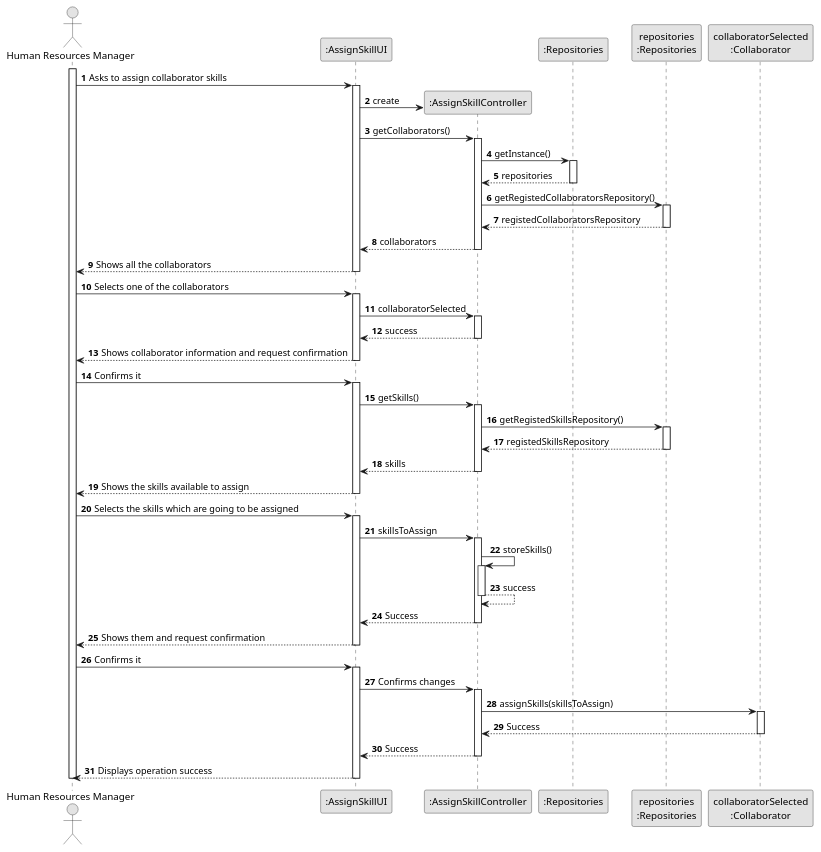
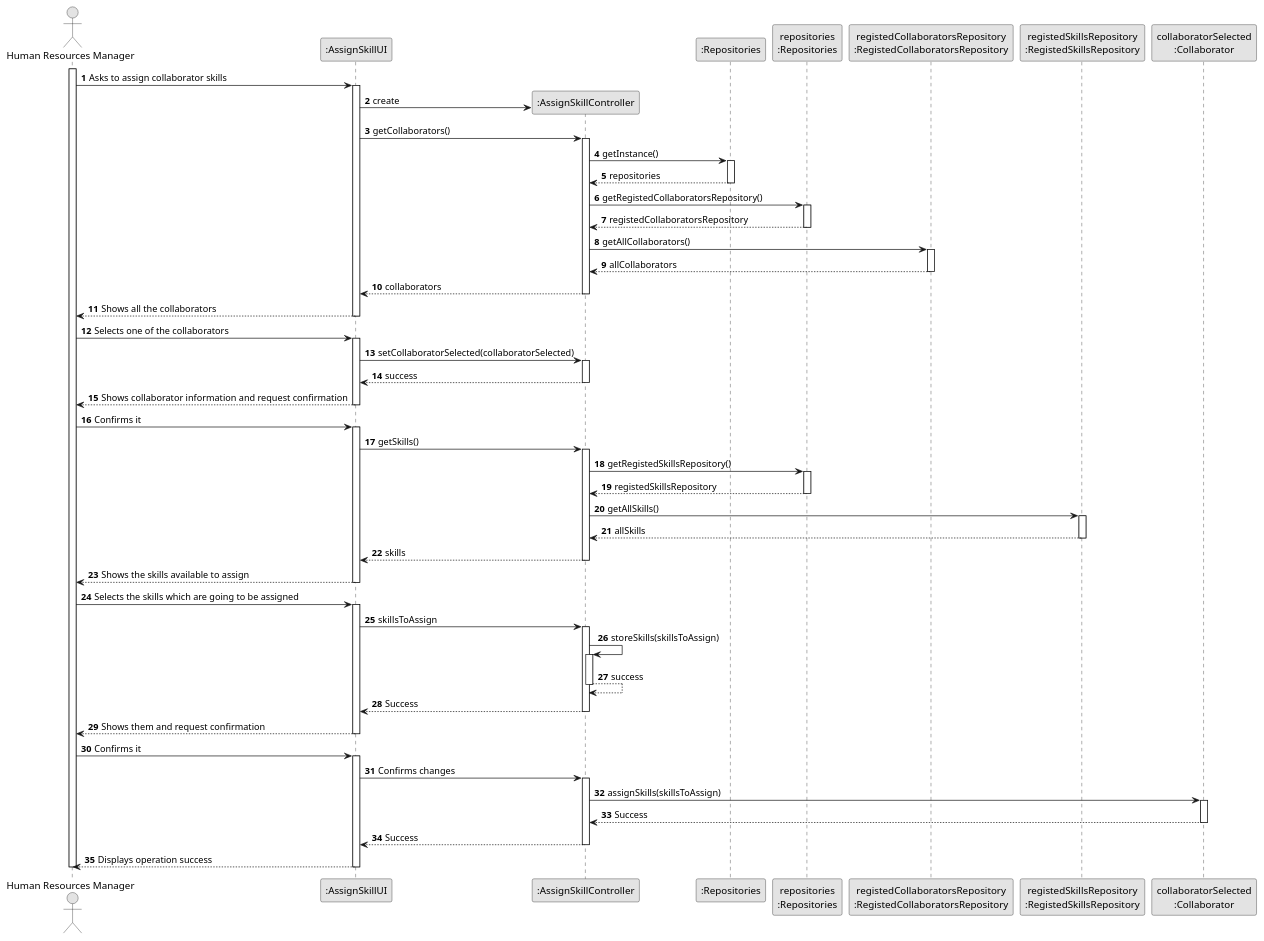
Before and after one commit to 1231360-ISEP/lei-24-s2-1db-g021: the diagram in docs/sprint2/us004/03.design/puml/us004-sequence-diagram-full.puml, drawn with PlantUML. The commit also changed 7 other files, not shown here.

```diff
--- a/docs/sprint2/us004/03.design/puml/us004-sequence-diagram-full.puml
+++ b/docs/sprint2/us004/03.design/puml/us004-sequence-diagram-full.puml
@@ -1,113 +1,126 @@
 @startuml
 skinparam monochrome true
 skinparam packageStyle rectangle
 skinparam shadowing false
 
 autonumber
 
 'hide footbox
 actor "Human Resources Manager" as ADM
 participant ":AssignSkillUI" as UI
 participant ":AssignSkillController" as CTRL
 participant ":Repositories" as Repositories
 participant "repositories\n:Repositories" as RepoInstance
+participant "registedCollaboratorsRepository\n:RegistedCollaboratorsRepository" as CollaboratorRepo
+participant "registedSkillsRepository\n:RegistedSkillsRepository" as SkillRepo
 participant "collaboratorSelected\n:Collaborator" as Collaborator
 
 activate ADM
 
         ADM -> UI : Asks to assign collaborator skills
 
         activate UI
             UI -> CTRL** : create
             UI -> CTRL : getCollaborators()
 
             activate CTRL
 
                 CTRL -> Repositories : getInstance()
                 activate Repositories
                     Repositories --> CTRL : repositories
                 deactivate Repositories
 
                 CTRL -> RepoInstance : getRegistedCollaboratorsRepository()
 
                 activate RepoInstance
                     RepoInstance --> CTRL : registedCollaboratorsRepository
                 deactivate RepoInstance
 
+                CTRL -> CollaboratorRepo : getAllCollaborators()
+                activate CollaboratorRepo
+                    CollaboratorRepo --> CTRL : allCollaborators
+                deactivate CollaboratorRepo
+
                 CTRL --> UI : collaborators
             deactivate CTRL
 
             UI --> ADM : Shows all the collaborators
         deactivate UI
 
         ADM -> UI : Selects one of the collaborators
 
         activate UI
 
-            UI -> CTRL : collaboratorSelected
+            UI -> CTRL : setCollaboratorSelected(collaboratorSelected)
 
             activate CTRL
                 CTRL --> UI : success
             deactivate CTRL
 
             UI --> ADM : Shows collaborator information and request confirmation
         deactivate UI
 
         ADM -> UI : Confirms it
 
         activate UI
             UI -> CTRL : getSkills()
 
             activate CTRL
 
                 CTRL -> RepoInstance : getRegistedSkillsRepository()
 
                 activate RepoInstance
                     RepoInstance --> CTRL : registedSkillsRepository
                 deactivate RepoInstance
 
+                CTRL -> SkillRepo : getAllSkills()
+
+                activate SkillRepo
+                    SkillRepo --> CTRL : allSkills
+                deactivate SkillRepo
+
                 CTRL --> UI : skills
             deactivate CTRL
 
             UI --> ADM : Shows the skills available to assign
         deactivate UI
 
         ADM -> UI : Selects the skills which are going to be assigned
 
         activate UI
             UI -> CTRL : skillsToAssign
 
             activate CTRL
-                CTRL -> CTRL : storeSkills()
+                CTRL -> CTRL : storeSkills(skillsToAssign)
 
                 activate CTRL
                     CTRL --> CTRL : success
                 deactivate CTRL
 
                 CTRL --> UI : Success
             deactivate CTRL
 
             UI --> ADM : Shows them and request confirmation
         deactivate UI
 
         ADM -> UI : Confirms it
 
         activate UI
             UI -> CTRL : Confirms changes
             
             activate CTRL
                 CTRL -> Collaborator : assignSkills(skillsToAssign)
 
                 activate Collaborator
                     Collaborator --> CTRL : Success
                 deactivate Collaborator
 
                 CTRL --> UI : Success
             deactivate CTRL
 
             UI --> ADM : Displays operation success
         deactivate UI
 
 deactivate ADM
 
 @enduml
```
